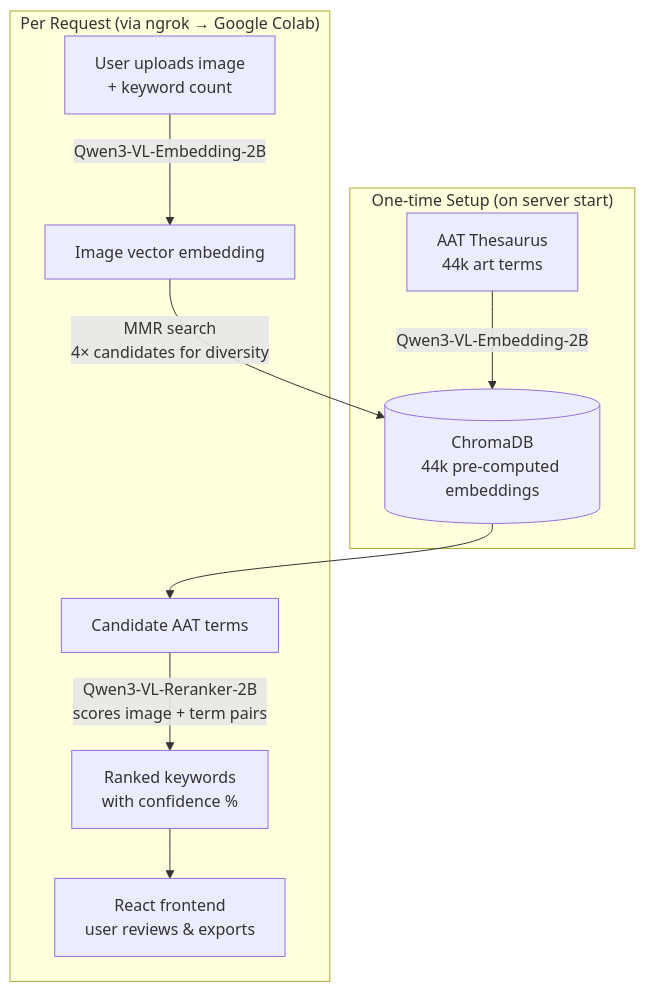
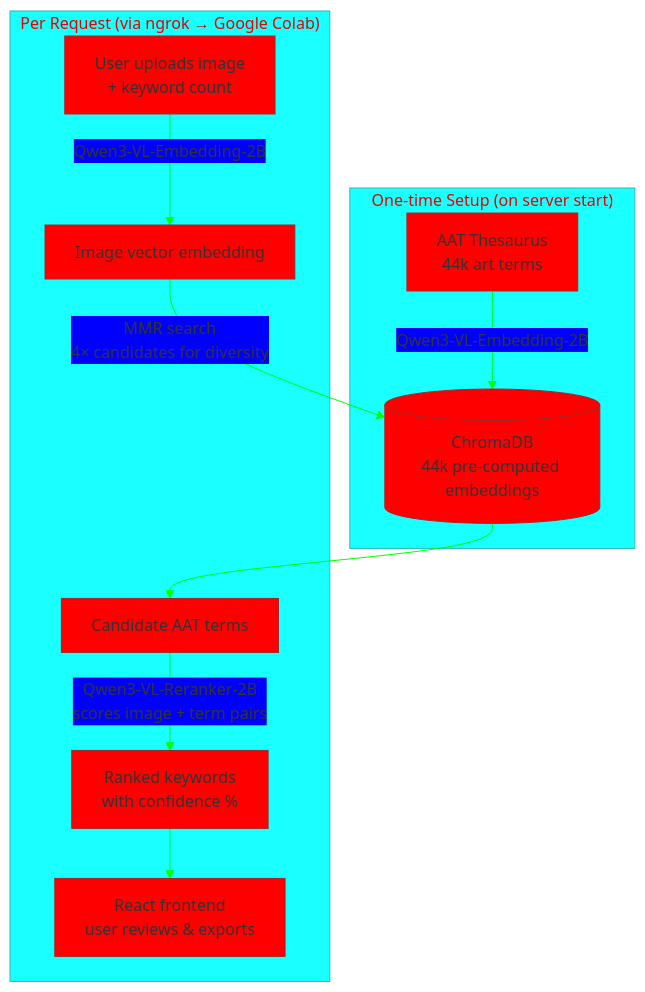
The diagram in README.md (cs2535-oakhoury-2026spring/Mills-Museum), drawn with Mermaid before and after one commit.

Commit message:
Add flowchart for one-time setup in README
Added a mermaid flowchart to illustrate the one-time setup process for the pipeline.

````diff
--- a/README.md
+++ b/README.md
@@ -59,14 +59,15 @@
 ```mermaid
+%%{init: { 'theme': 'base', 'themeVariables': { 'primaryColor': '#ff0000', 'lineColor': '#00ff00' }}}%%
 flowchart TD
     subgraph Setup["One-time Setup (on server start)"]
         A["AAT Thesaurus\n44k art terms"] -->|"Qwen3-VL-Embedding-2B"| B[("ChromaDB\n44k pre-computed embeddings")]
     end
 
     subgraph Request["Per Request (via ngrok → Google Colab)"]
         C["User uploads image\n+ keyword count"] -->|"Qwen3-VL-Embedding-2B"| D["Image vector embedding"]
         D -->|"MMR search\n4× candidates for diversity"| B
         B --> E["Candidate AAT terms"]
         E -->|"Qwen3-VL-Reranker-2B\nscores image + term pairs"| F["Ranked keywords\nwith confidence %"]
         F --> G["React frontend\nuser reviews & exports"]
     end
 ```
````
